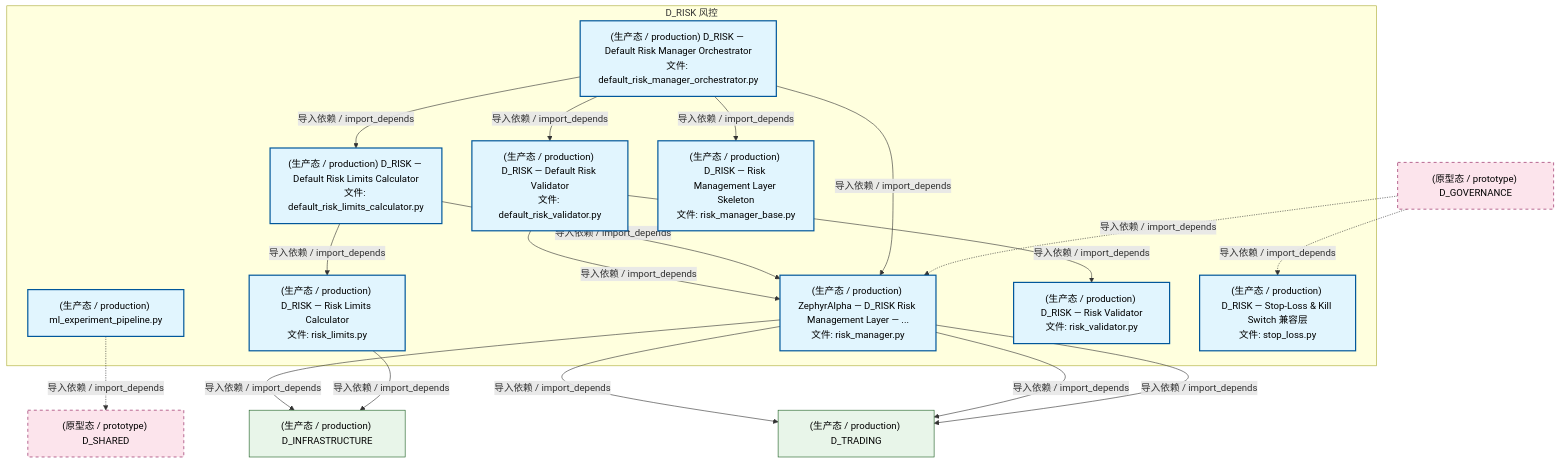
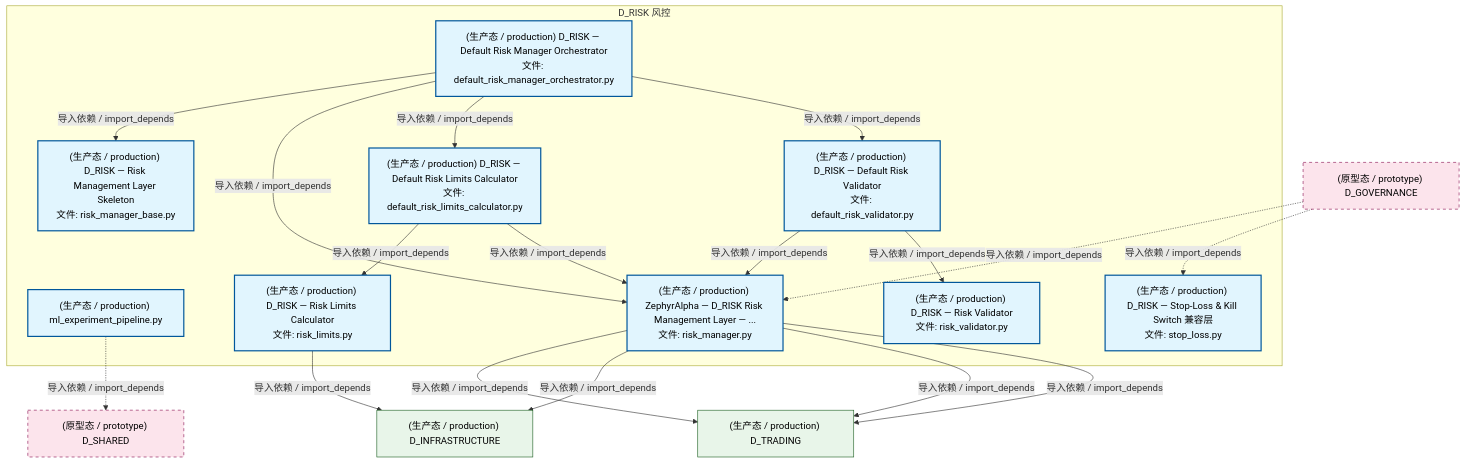
One commit to xuanFelixVan/ZephyrAlpha changed the second of 4 diagrams in docs/02_enterprise_architecture/02_domain_architecture_docs/54_d_risk.md. Above: the diagram before and after it, drawn with Mermaid. The commit also changed other lines of this file and 126 other files, not shown here.

````diff
--- a/docs/02_enterprise_architecture/02_domain_architecture_docs/54_d_risk.md
+++ b/docs/02_enterprise_architecture/02_domain_architecture_docs/54_d_risk.md
@@ -187,41 +187,41 @@
 ```mermaid
 graph TD
     subgraph D_RISK["D_RISK 风控"]
         src_zephyr_risk_cross_asset_cross_market_data_adapter_ml_experiment_pipeline_py["(生产态 / production) ml_experiment_pipeline.py"]
         src_zephyr_risk_implementations_default_risk_limits_calculator_py["(生产态 / production) D_RISK — Default Risk Limits Calculator<br/>文件: default_risk_limits_calculator.py"]
         src_zephyr_risk_implementations_default_risk_manager_orchestrator_py["(生产态 / production) D_RISK — Default Risk Manager Orchestrator<br/>文件: default_risk_manager_orchestrator.py"]
         src_zephyr_risk_implementations_default_risk_validator_py["(生产态 / production) D_RISK — Default Risk Validator<br/>文件: default_risk_validator.py"]
         src_zephyr_risk_risk_limits_py["(生产态 / production) D_RISK — Risk Limits Calculator<br/>文件: risk_limits.py"]
         src_zephyr_risk_risk_manager_py["(生产态 / production) ZephyrAlpha — D_RISK Risk Management Layer — ...<br/>文件: risk_manager.py"]
         src_zephyr_risk_risk_manager_base_py["(生产态 / production) D_RISK — Risk Management Layer Skeleton<br/>文件: risk_manager_base.py"]
         src_zephyr_risk_risk_validator_py["(生产态 / production) D_RISK — Risk Validator<br/>文件: risk_validator.py"]
         src_zephyr_risk_stop_loss_py["(生产态 / production) D_RISK — Stop-Loss & Kill Switch 兼容层<br/>文件: stop_loss.py"]
     end
-    src_zephyr_risk_implementations_default_risk_validator_py -->|导入依赖 / import_depends| src_zephyr_risk_risk_validator_py
-    src_zephyr_risk_implementations_default_risk_validator_py -->|导入依赖 / import_depends| src_zephyr_risk_risk_manager_py
     src_zephyr_risk_implementations_default_risk_limits_calculator_py -->|导入依赖 / import_depends| src_zephyr_risk_risk_limits_py
     src_zephyr_risk_implementations_default_risk_limits_calculator_py -->|导入依赖 / import_depends| src_zephyr_risk_risk_manager_py
+    src_zephyr_risk_implementations_default_risk_validator_py -->|导入依赖 / import_depends| src_zephyr_risk_risk_manager_py
+    src_zephyr_risk_implementations_default_risk_validator_py -->|导入依赖 / import_depends| src_zephyr_risk_risk_validator_py
     src_zephyr_risk_implementations_default_risk_manager_orchestrator_py -->|导入依赖 / import_depends| src_zephyr_risk_risk_manager_base_py
     src_zephyr_risk_implementations_default_risk_manager_orchestrator_py -->|导入依赖 / import_depends| src_zephyr_risk_risk_manager_py
+    src_zephyr_risk_implementations_default_risk_manager_orchestrator_py -->|导入依赖 / import_depends| src_zephyr_risk_implementations_default_risk_limits_calculator_py
     src_zephyr_risk_implementations_default_risk_manager_orchestrator_py -->|导入依赖 / import_depends| src_zephyr_risk_implementations_default_risk_validator_py
-    src_zephyr_risk_implementations_default_risk_manager_orchestrator_py -->|导入依赖 / import_depends| src_zephyr_risk_implementations_default_risk_limits_calculator_py
     D_TRADING["(生产态 / production) D_TRADING"]
     src_zephyr_risk_risk_manager_py -->|导入依赖 / import_depends| D_TRADING
     D_INFRASTRUCTURE["(生产态 / production) D_INFRASTRUCTURE"]
     src_zephyr_risk_risk_manager_py -->|导入依赖 / import_depends| D_INFRASTRUCTURE
-    src_zephyr_risk_risk_limits_py -->|导入依赖 / import_depends| D_INFRASTRUCTURE
     src_zephyr_risk_risk_manager_py -->|导入依赖 / import_depends| D_TRADING
     src_zephyr_risk_risk_manager_py -->|导入依赖 / import_depends| D_TRADING
     D_SHARED["(原型态 / prototype) D_SHARED"]
     src_zephyr_risk_cross_asset_cross_market_data_adapter_ml_experiment_pipeline_py -.->|导入依赖 / import_depends| D_SHARED
+    src_zephyr_risk_risk_limits_py -->|导入依赖 / import_depends| D_INFRASTRUCTURE
     D_GOVERNANCE["(原型态 / prototype) D_GOVERNANCE"]
+    D_GOVERNANCE -.->|导入依赖 / import_depends| src_zephyr_risk_risk_manager_py
     D_GOVERNANCE -.->|导入依赖 / import_depends| src_zephyr_risk_stop_loss_py
-    D_GOVERNANCE -.->|导入依赖 / import_depends| src_zephyr_risk_risk_manager_py
     classDef production fill:#e1f5fe,stroke:#01579b,stroke-width:2px,color:#000
     classDef design fill:#fff3e0,stroke:#e65100,stroke-width:2px,color:#000,stroke-dasharray: 5 5
     classDef external_prod fill:#e8f5e9,stroke:#1b5e20,stroke-width:1px,color:#000
     classDef external_design fill:#fce4ec,stroke:#880e4f,stroke-width:1px,color:#000,stroke-dasharray: 5 5
     class src_zephyr_risk_cross_asset_cross_market_data_adapter_ml_experiment_pipeline_py,src_zephyr_risk_implementations_default_risk_limits_calculator_py,src_zephyr_risk_implementations_default_risk_manager_orchestrator_py,src_zephyr_risk_implementations_default_risk_validator_py,src_zephyr_risk_risk_limits_py,src_zephyr_risk_risk_manager_py,src_zephyr_risk_risk_manager_base_py,src_zephyr_risk_risk_validator_py,src_zephyr_risk_stop_loss_py production
     class D_TRADING,D_INFRASTRUCTURE external_prod
     class D_SHARED,D_GOVERNANCE external_design
 ```
````
